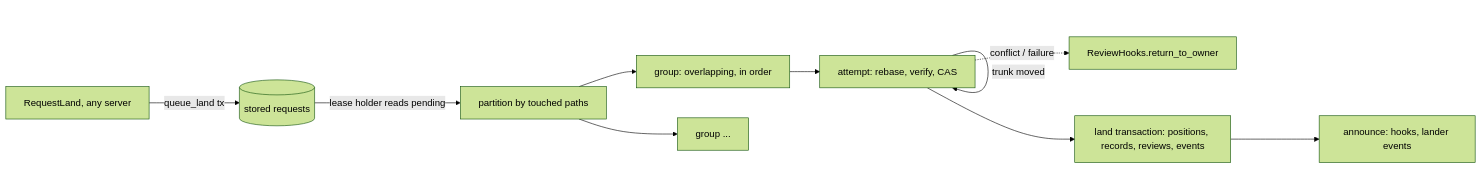
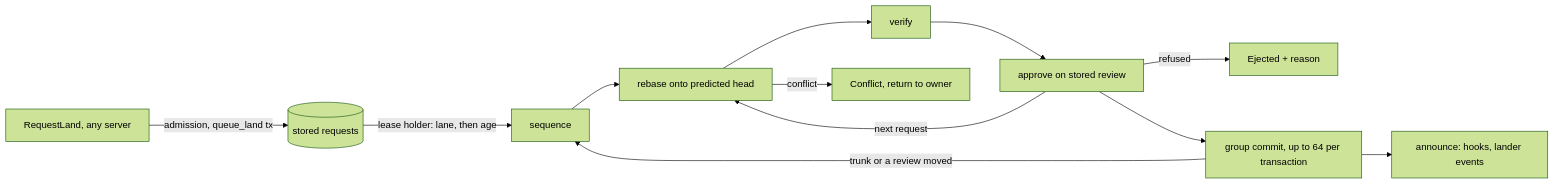
Before and after one commit to envoy1084/rill: the diagram in architecture/04-workflow/landing.md, drawn with Mermaid (forest theme). The commit also changed other lines of this file and 26 other files, not shown here.

First line of the commit message:
lander: sequencer v0 with group commit and approval at commit

````diff
--- a/architecture/04-workflow/landing.md
+++ b/architecture/04-workflow/landing.md
@@ -12,12 +13,14 @@
 ```mermaid
 flowchart LR
-    RL[RequestLand, any server] -->|queue_land tx| Q[(stored requests)]
-    Q -->|lease holder reads pending| P[partition by touched paths]
-    P --> G1[group: overlapping, in order]
-    P --> G2[group ...]
-    G1 --> A[attempt: rebase, verify, CAS]
-    A -->|trunk moved| A
-    A --> F[land transaction: positions, records, reviews, events]
-    F --> N[announce: hooks, lander events]
-    A -.->|conflict / failure| H[ReviewHooks.return_to_owner]
+    RL[RequestLand, any server] -->|admission, queue_land tx| Q[(stored requests)]
+    Q -->|lease holder: lane, then age| S[sequence]
+    S --> R[rebase onto predicted head]
+    R --> V[verify]
+    V --> A[approve on stored review]
+    A -->|next request| R
+    A -->|refused| E[Ejected + reason]
+    R -->|conflict| C[Conflict, return to owner]
+    A --> G[group commit, up to 64 per transaction]
+    G -->|trunk or a review moved| S
+    G --> N[announce: hooks, lander events]
 ```
````
